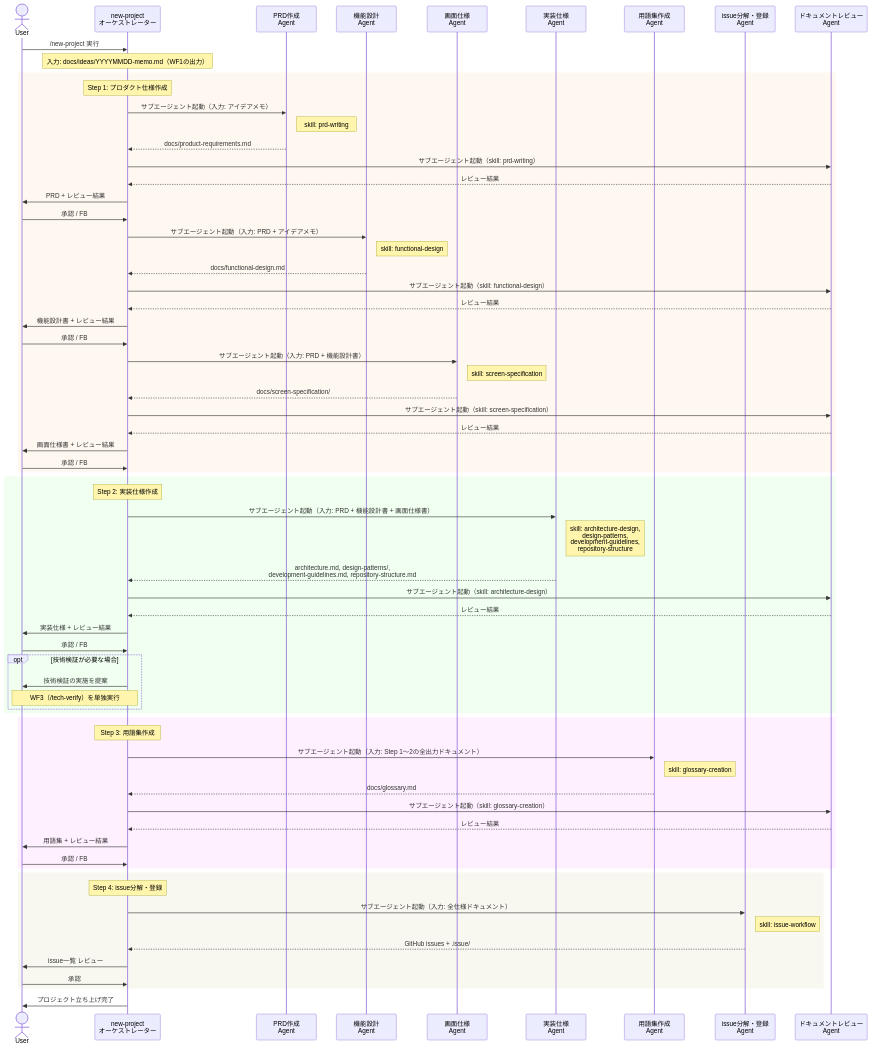
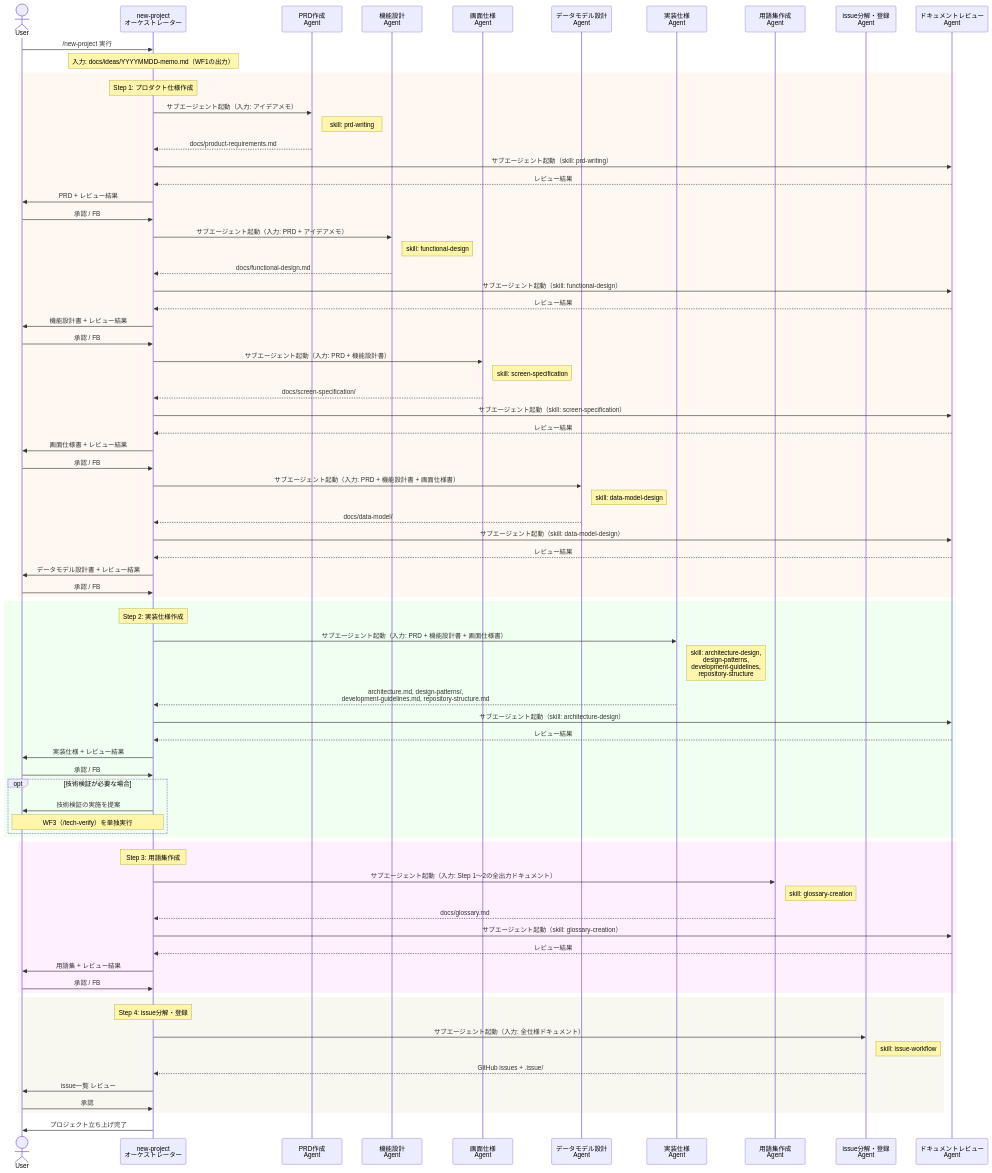
The third of 6 diagrams in .claude/docs/spec-driven-development/05-sequences.md (nishio-n0522/test_updated_sdd), drawn with Mermaid before and after one commit. The commit also changed other lines of this file and 8 other files, not shown here.

```diff
--- a/.claude/docs/spec-driven-development/05-sequences.md
+++ b/.claude/docs/spec-driven-development/05-sequences.md
@@ -115,6 +116,7 @@
     participant A1 as PRD作成<br>Agent
     participant A2 as 機能設計<br>Agent
     participant A3 as 画面仕様<br>Agent
+    participant ADM as データモデル設計<br>Agent
     participant A4 as 実装仕様<br>Agent
     participant A5 as 用語集作成<br>Agent
     participant A6 as issue分解・登録<br>Agent
@@ -148,6 +150,14 @@
         Orch->>AR: サブエージェント起動（skill: screen-specification）
         AR-->>Orch: レビュー結果
         Orch->>User: 画面仕様書 + レビュー結果
+        User->>Orch: 承認 / FB
+
+        Orch->>ADM: サブエージェント起動（入力: PRD + 機能設計書 + 画面仕様書）
+        Note right of ADM: skill: data-model-design
+        ADM-->>Orch: docs/data-model/
+        Orch->>AR: サブエージェント起動（skill: data-model-design）
+        AR-->>Orch: レビュー結果
+        Orch->>User: データモデル設計書 + レビュー結果
         User->>Orch: 承認 / FB
     end
 
```
